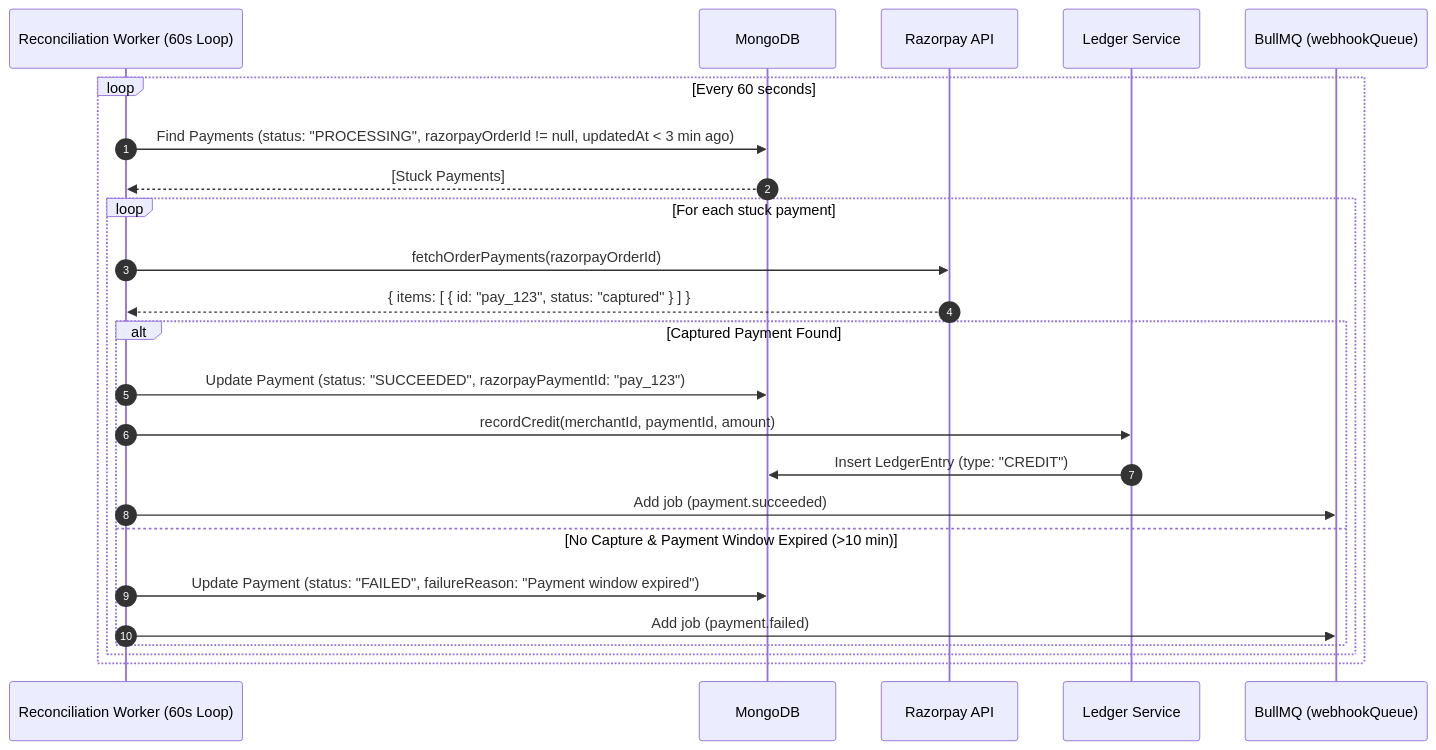
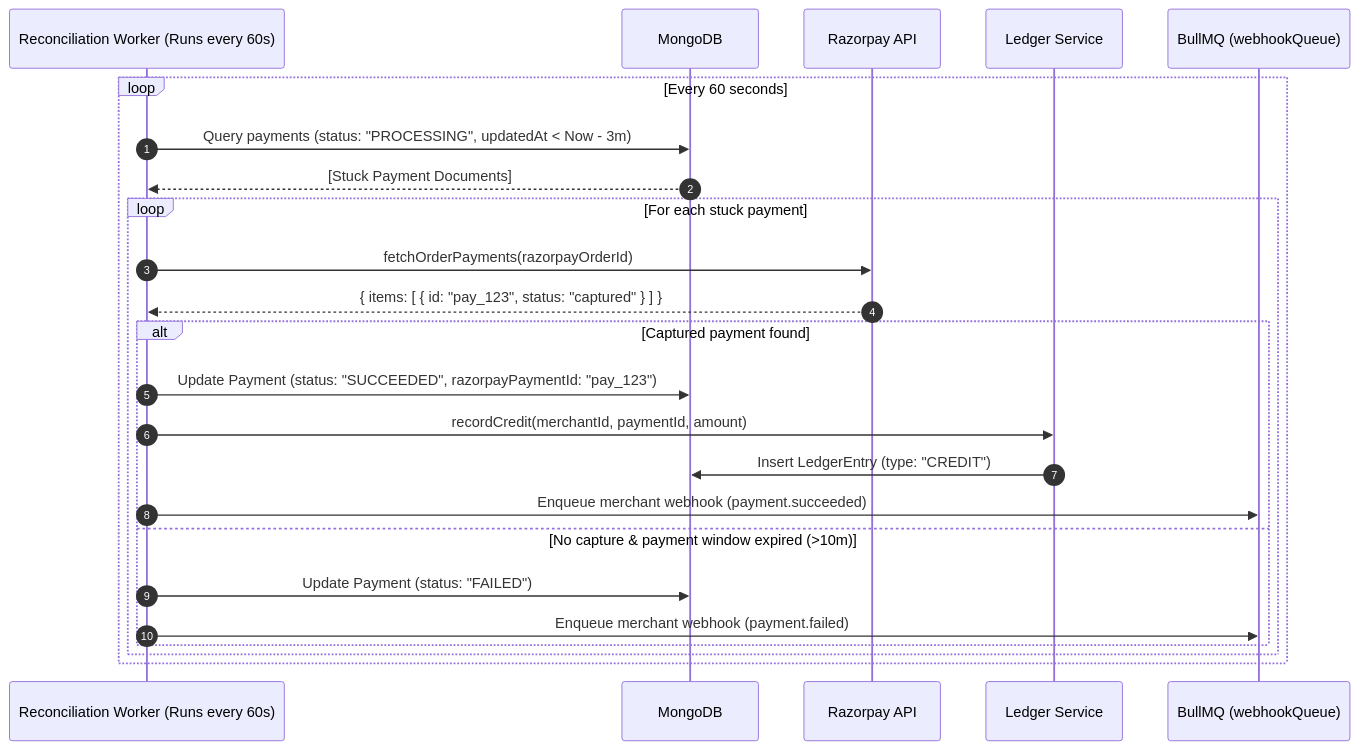
The seventh of 10 diagrams in ARCHITECTURE.md (buildwithrishabh/Event-Driven-Payment-Gateway), drawn with Mermaid before and after one commit. The commit also changed other lines of this file and 3 other files, not shown here.

Commit message:
docs & devops: recreate architecture and readme docs, add docker setup

````diff
--- a/ARCHITECTURE.md
+++ b/ARCHITECTURE.md
@@ -589,27 +560,27 @@
 ```mermaid
 sequenceDiagram
     autonumber
-    participant Recon as Reconciliation Worker (60s Loop)
+    participant Sweeper as Reconciliation Worker (Runs every 60s)
     participant Mongo as MongoDB
     participant Razorpay as Razorpay API
     participant Ledger as Ledger Service
-    participant WebhookQ as BullMQ (webhookQueue)
+    participant Queue as BullMQ (webhookQueue)
 
     loop Every 60 seconds
-        Recon->>Mongo: Find Payments (status: "PROCESSING", razorpayOrderId != null, updatedAt < 3 min ago)
-        Mongo-->>Recon: [Stuck Payments]
+        Sweeper->>Mongo: Query payments (status: "PROCESSING", updatedAt < Now - 3m)
+        Mongo-->>Sweeper: [Stuck Payment Documents]
         loop For each stuck payment
-            Recon->>Razorpay: fetchOrderPayments(razorpayOrderId)
-            Razorpay-->>Recon: { items: [ { id: "pay_123", status: "captured" } ] }
-            alt Captured Payment Found
-                Recon->>Mongo: Update Payment (status: "SUCCEEDED", razorpayPaymentId: "pay_123")
-                Recon->>Ledger: recordCredit(merchantId, paymentId, amount)
+            Sweeper->>Razorpay: fetchOrderPayments(razorpayOrderId)
+            Razorpay-->>Sweeper: { items: [ { id: "pay_123", status: "captured" } ] }
+            alt Captured payment found
+                Sweeper->>Mongo: Update Payment (status: "SUCCEEDED", razorpayPaymentId: "pay_123")
+                Sweeper->>Ledger: recordCredit(merchantId, paymentId, amount)
                 Ledger->>Mongo: Insert LedgerEntry (type: "CREDIT")
-                Recon->>WebhookQ: Add job (payment.succeeded)
-            else No Capture & Payment Window Expired (>10 min)
-                Recon->>Mongo: Update Payment (status: "FAILED", failureReason: "Payment window expired")
-                Recon->>WebhookQ: Add job (payment.failed)
+                Sweeper->>Queue: Enqueue merchant webhook (payment.succeeded)
+            else No capture & payment window expired (>10m)
+                Sweeper->>Mongo: Update Payment (status: "FAILED")
+                Sweeper->>Queue: Enqueue merchant webhook (payment.failed)
             end
         end
     end
 ```
````
